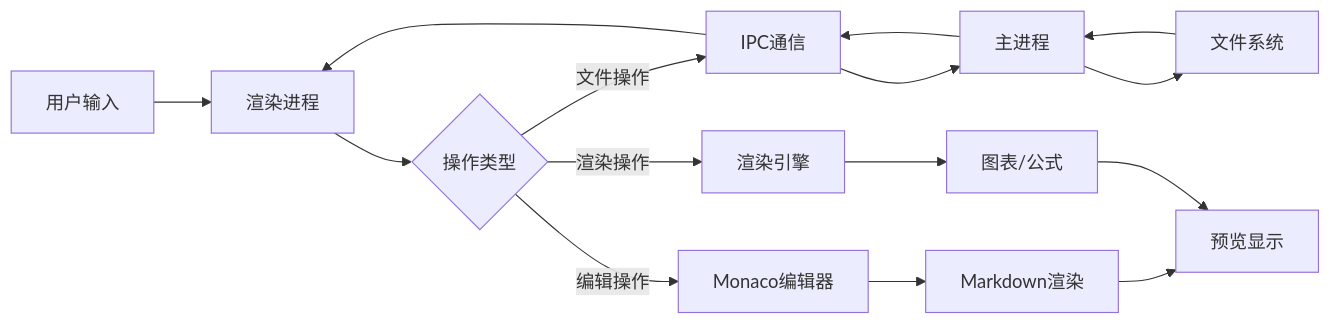
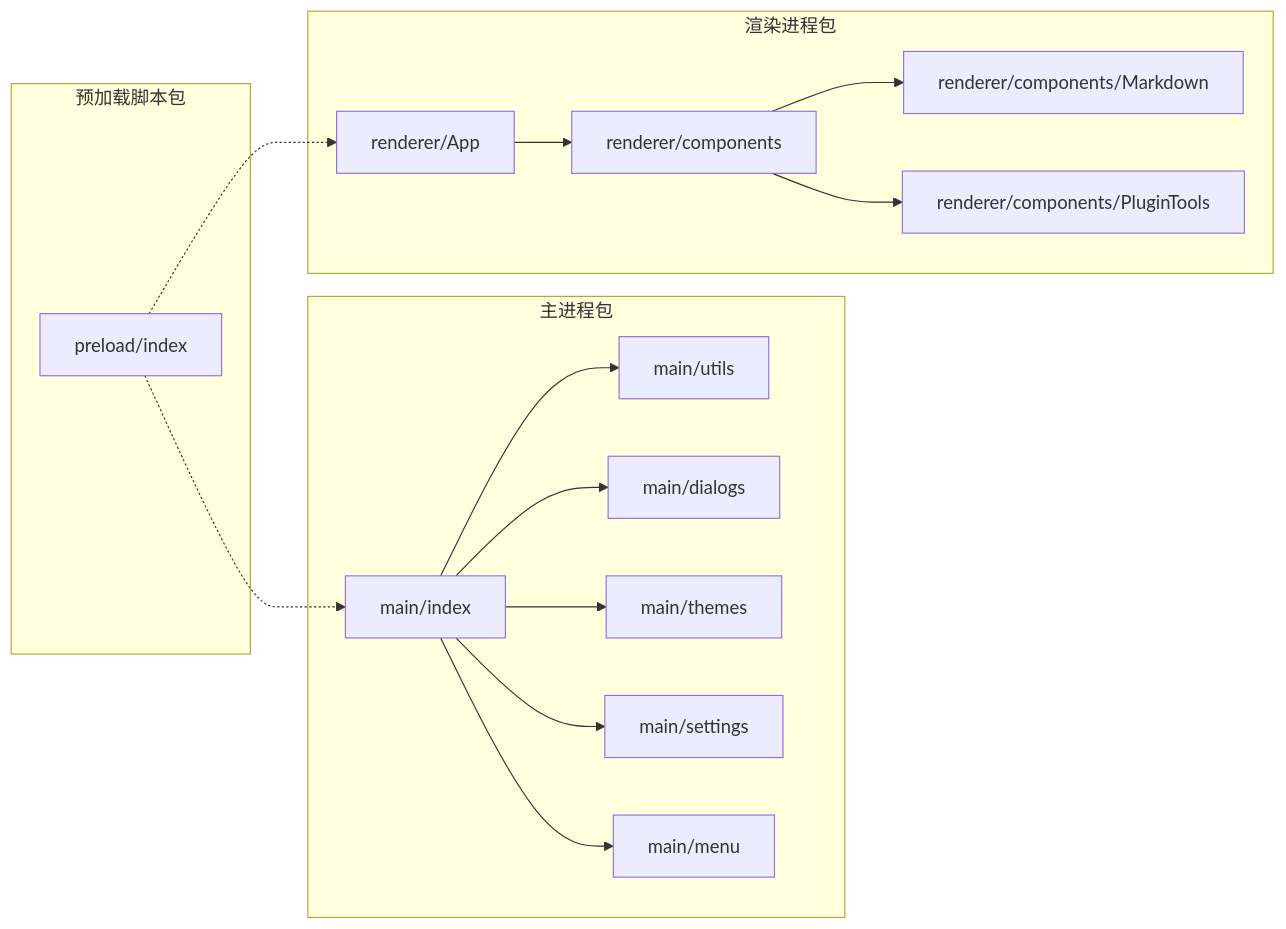
One commit to hemy08/BaiZeNotesByVue changed the third of 34 diagrams in doc/架构文档.md. Above: the diagram before and after it, drawn with Mermaid. The commit also changed other lines of this file and 41 other files, not shown here.

````diff
--- a/doc/架构文档.md
+++ b/doc/架构文档.md
@@ -243,20 +142,35 @@
 ```mermaid
 graph LR
-    A[用户输入] --> B[渲染进程]
-    B --> C{操作类型}
-
-    C -->|文件操作| D[IPC通信]
-    D --> E[主进程]
-    E --> F[文件系统]
-    F --> E
-    E --> D
-    D --> B
-
-    C -->|编辑操作| G[Monaco编辑器]
-    G --> H[Markdown渲染]
-    H --> I[预览显示]
-
-    C -->|渲染操作| J[渲染引擎]
-    J --> K[图表/公式]
-    K --> I
+    subgraph 主进程包
+        M1[main/index]
+        M2[main/utils]
+        M3[main/dialogs]
+        M4[main/themes]
+        M5[main/settings]
+        M6[main/menu]
+    end
+    
+    subgraph 渲染进程包
+        R1[renderer/App]
+        R2[renderer/components]
+        R3[renderer/components/Markdown]
+        R4[renderer/components/PluginTools]
+    end
+    
+    subgraph 预加载脚本包
+        P1[preload/index]
+    end
+    
+    M1 --> M2
+    M1 --> M3
+    M1 --> M4
+    M1 --> M5
+    M1 --> M6
+    
+    R1 --> R2
+    R2 --> R3
+    R2 --> R4
+    
+    P1 -.-> M1
+    P1 -.-> R1
 ```
````
